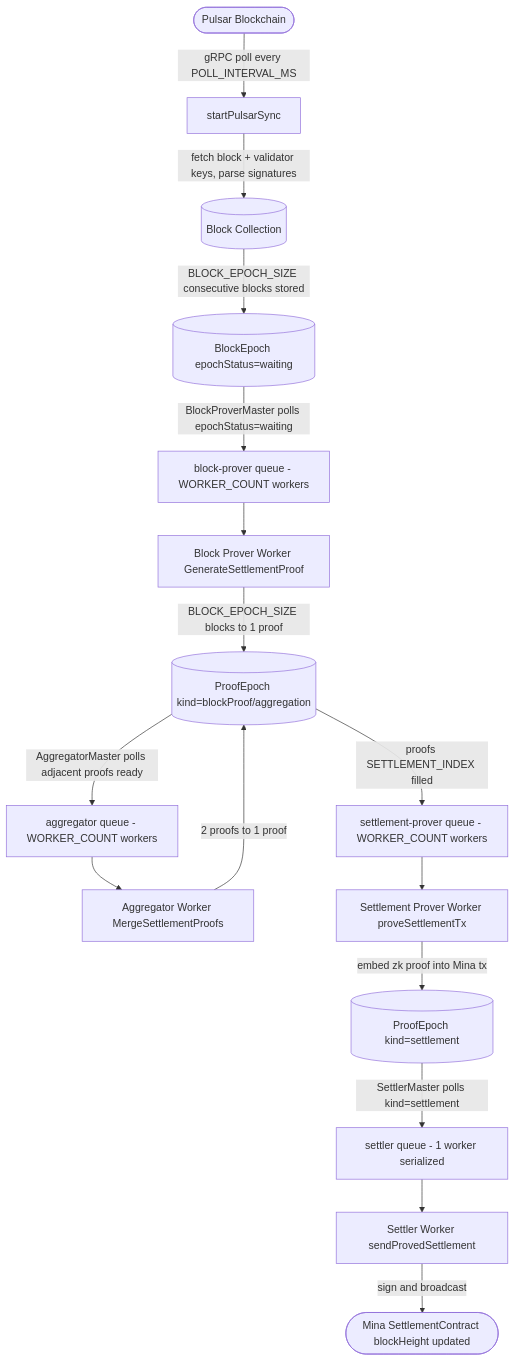
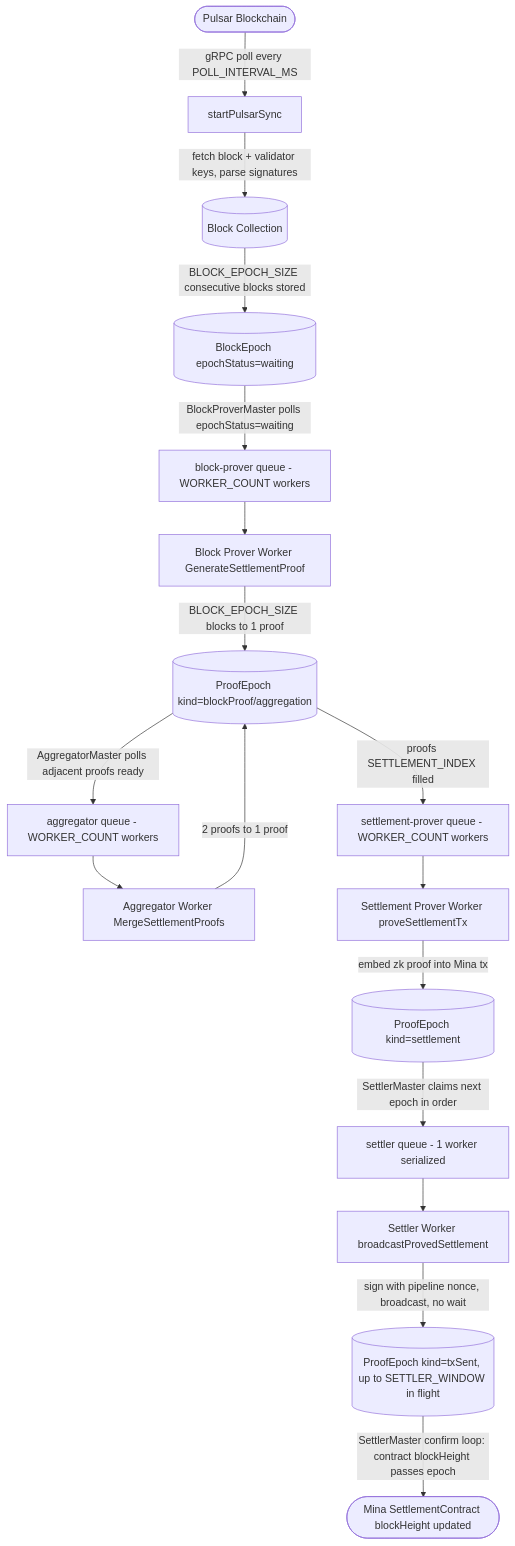
One commit to node101-io/pulsar changed the second of 7 diagrams in prover/docs/architecture.md. Above: the diagram before and after it, drawn with Mermaid. The commit also changed other lines of this file, not shown here.

Commit message:
docs(prover): document the settler pipeline

````diff
--- a/prover/docs/architecture.md
+++ b/prover/docs/architecture.md
@@ -214,23 +216,24 @@
 ```mermaid
 flowchart TD
     A([Pulsar Blockchain]) -->|gRPC poll every POLL_INTERVAL_MS| B[startPulsarSync]
     B -->|fetch block + validator keys, parse signatures| C[(Block Collection)]
 
     C -->|BLOCK_EPOCH_SIZE consecutive blocks stored| D[(BlockEpoch epochStatus=waiting)]
 
     D -->|BlockProverMaster polls epochStatus=waiting| E[block-prover queue - WORKER_COUNT workers]
     E --> F[Block Prover Worker GenerateSettlementProof]
     F -->|BLOCK_EPOCH_SIZE blocks to 1 proof| G[(ProofEpoch kind=blockProof/aggregation)]
 
     G -->|AggregatorMaster polls adjacent proofs ready| H[aggregator queue - WORKER_COUNT workers]
     H --> I[Aggregator Worker MergeSettlementProofs]
     I -->|2 proofs to 1 proof| G
 
     G -->|proofs SETTLEMENT_INDEX filled| J[settlement-prover queue - WORKER_COUNT workers]
     J --> K[Settlement Prover Worker proveSettlementTx]
     K -->|embed zk proof into Mina tx| L[(ProofEpoch kind=settlement)]
 
-    L -->|SettlerMaster polls kind=settlement| M[settler queue - 1 worker serialized]
-    M --> N[Settler Worker sendProvedSettlement]
-    N -->|sign and broadcast| O([Mina SettlementContract blockHeight updated])
+    L -->|SettlerMaster claims next epoch in order| M[settler queue - 1 worker serialized]
+    M --> N[Settler Worker broadcastProvedSettlement]
+    N -->|sign with pipeline nonce, broadcast, no wait| P[(ProofEpoch kind=txSent, up to SETTLER_WINDOW in flight)]
+    P -->|SettlerMaster confirm loop: contract blockHeight passes epoch| O([Mina SettlementContract blockHeight updated])
 ```
````
